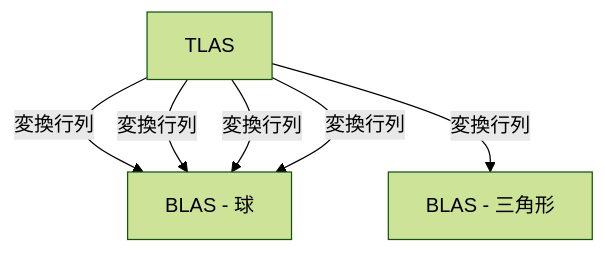
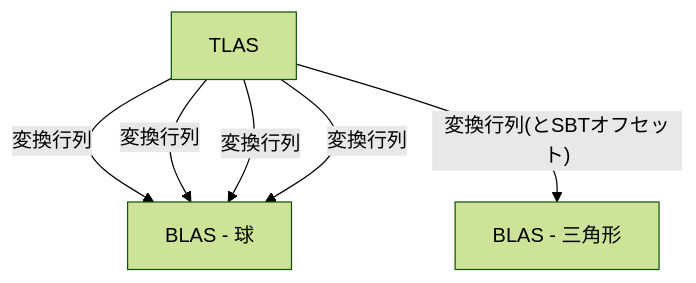
Before and after one commit to hatoo/zenn-content: the diagram in books/52bcb9e9f7c87d/add-triangle.md, drawn with Mermaid (forest theme).

````diff
--- a/books/52bcb9e9f7c87d/add-triangle.md
+++ b/books/52bcb9e9f7c87d/add-triangle.md
@@ -8,8 +8,8 @@
 ```mermaid
 graph TB
     TLAS -->|変換行列| BLAS["BLAS - 球"]
     TLAS -->|変換行列| BLAS
     TLAS -->|変換行列| BLAS
     TLAS -->|変換行列| BLAS
-    TLAS -->|変換行列| BLAS2["BLAS - 三角形"]
+    TLAS -->|"変換行列(とSBTオフセット)"| BLAS2["BLAS - 三角形"]
 ```
````
